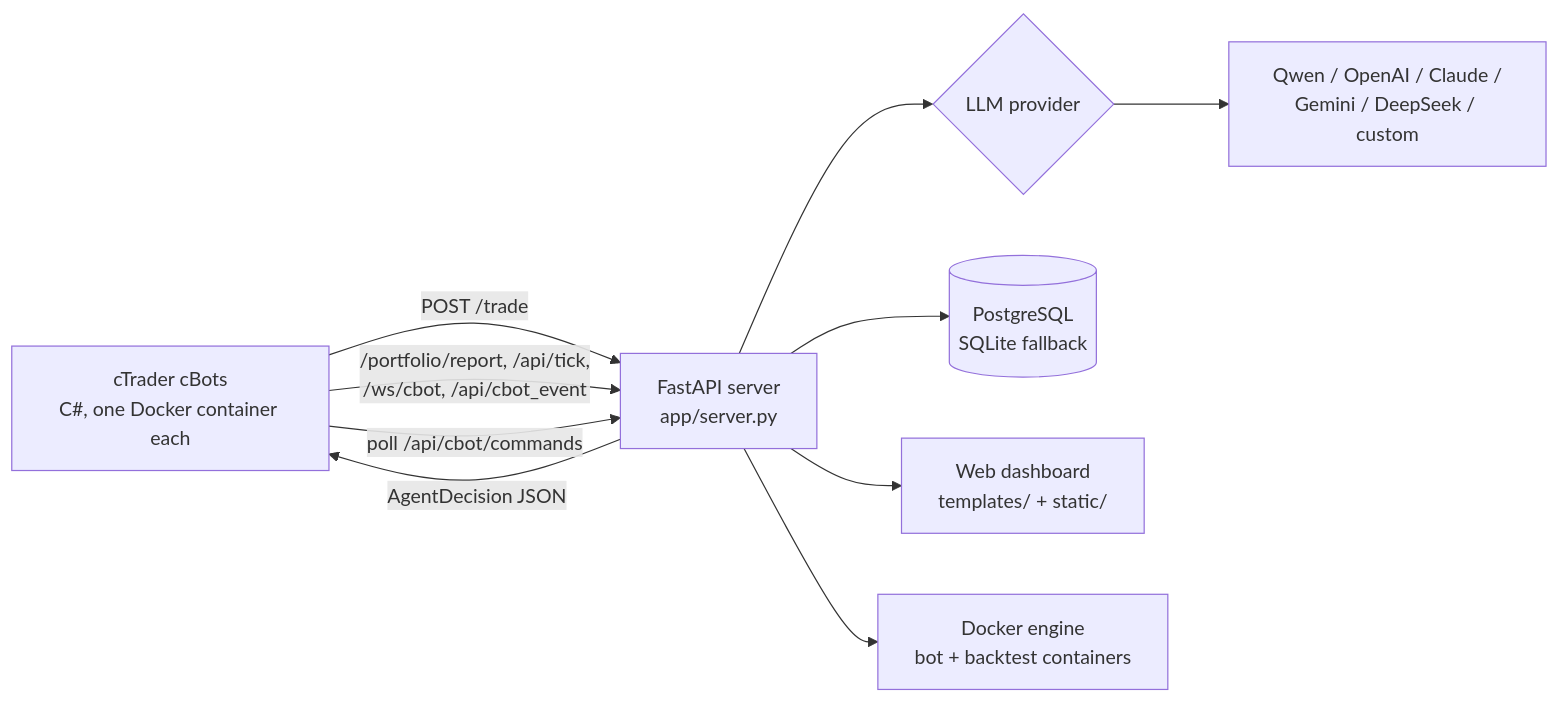
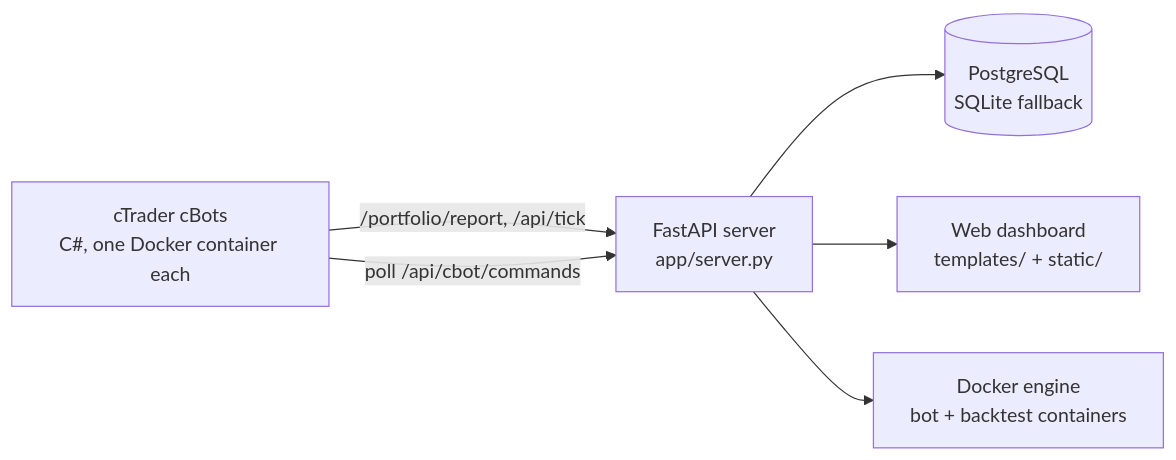
The diagram in docs/architecture.md (hoangk56/AgentFxTrading), drawn with Mermaid before and after one commit. The commit also changed other lines of this file and 248 other files, not shown here.

First line of the commit message:
feat: keep only the Gotobi and Crypto Donchian bots; remove TMS+ORB, Judas Sweep, FlowRSI and the AI layer

````diff
--- a/docs/architecture.md
+++ b/docs/architecture.md
@@ -8,12 +8,8 @@
 ```mermaid
 graph LR
-    A[cTrader cBots<br/>C#, one Docker container each] -->|POST /trade| B[FastAPI server<br/>app/server.py]
-    B -->|AgentDecision JSON| A
-    A -->|/portfolio/report, /api/tick,<br/>/ws/cbot, /api/cbot_event| B
+    A[cTrader cBots<br/>C#, one Docker container each] -->|/portfolio/report, /api/tick| B[FastAPI server<br/>app/server.py]
     A -->|poll /api/cbot/commands| B
-    B --> C{LLM provider}
-    C --> D[Qwen / OpenAI / Claude /<br/>Gemini / DeepSeek / custom]
     B --> E[(PostgreSQL<br/>SQLite fallback)]
     B --> F[Web dashboard<br/>templates/ + static/]
     B --> G[Docker engine<br/>bot + backtest containers]
 ```
````
